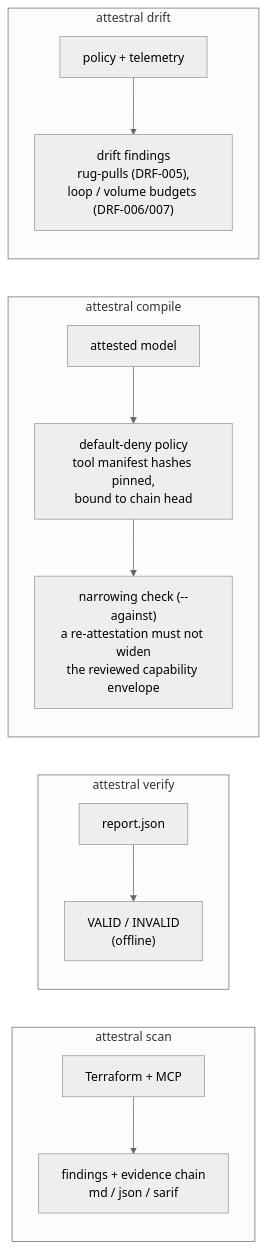
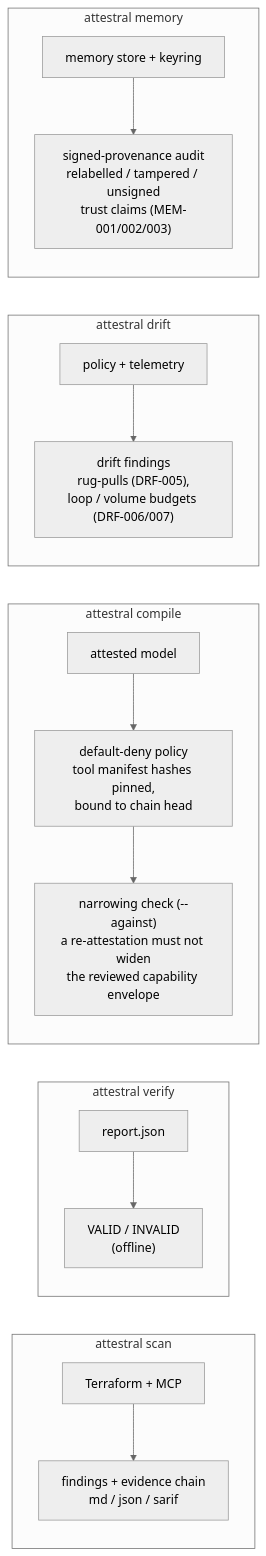
One commit to zeyadalsakhii/attestral changed the third of 4 diagrams in README.md. Above: the diagram before and after it, drawn with Mermaid (neutral theme). The commit also changed other lines of this file and 11 other files, not shown here.

````diff
--- a/README.md
+++ b/README.md
@@ -278,16 +278,19 @@
 ```mermaid
 flowchart LR
     subgraph scan["attestral scan"]
         s1["Terraform + MCP"] --> s2["findings + evidence chain<br/>md / json / sarif"]
     end
     subgraph verify["attestral verify"]
         v1["report.json"] --> v2["VALID / INVALID<br/>(offline)"]
     end
     subgraph compile["attestral compile"]
         c1["attested model"] --> c2["default-deny policy<br/>tool manifest hashes pinned,<br/>bound to chain head"]
         c2 --> c3["narrowing check (--against)<br/>a re-attestation must not widen<br/>the reviewed capability envelope"]
     end
     subgraph drift["attestral drift"]
         d1["policy + telemetry"] --> d2["drift findings<br/>rug-pulls (DRF-005),<br/>loop / volume budgets (DRF-006/007)"]
     end
+    subgraph memory["attestral memory"]
+        m1["memory store + keyring"] --> m2["signed-provenance audit<br/>relabelled / tampered / unsigned<br/>trust claims (MEM-001/002/003)"]
+    end
 ```
````
